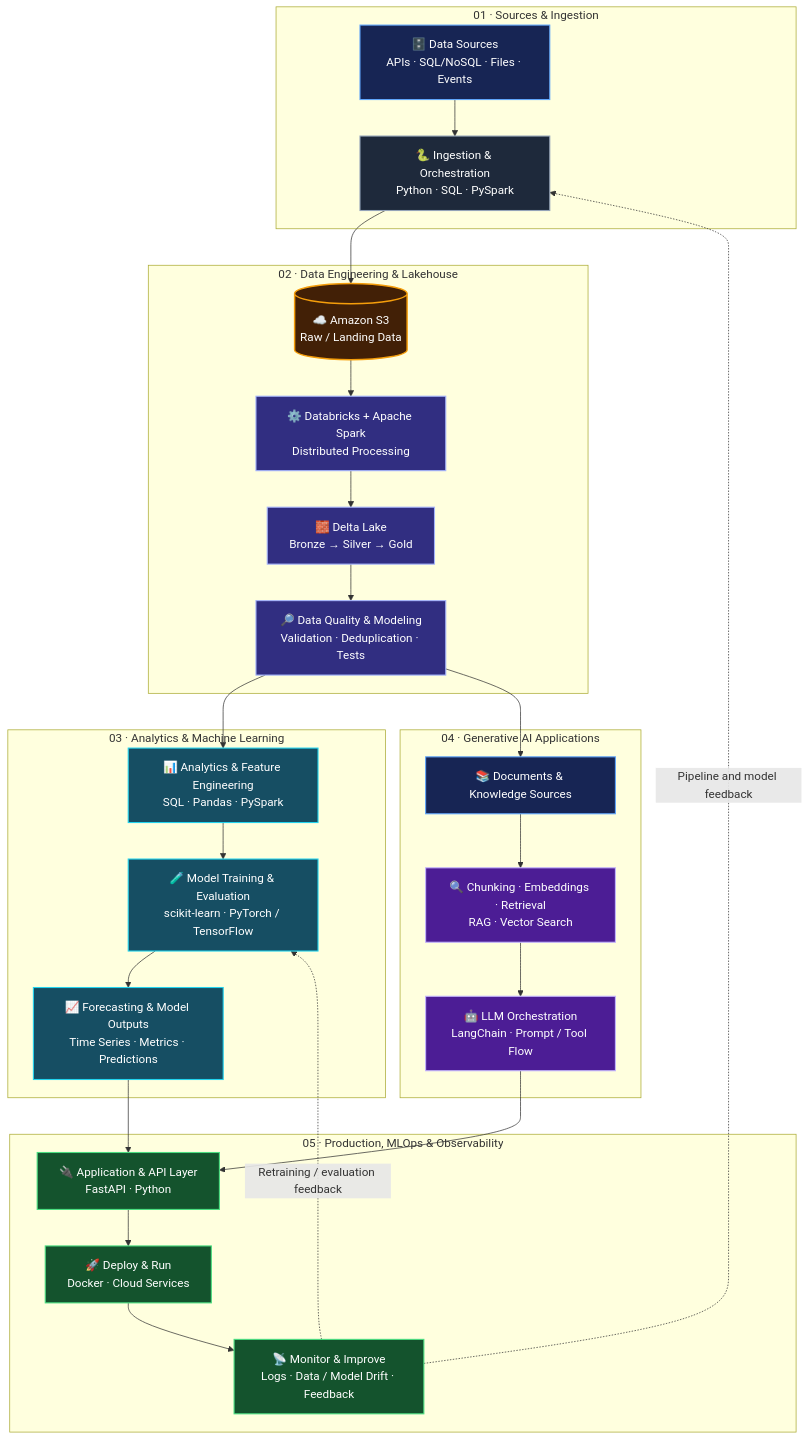
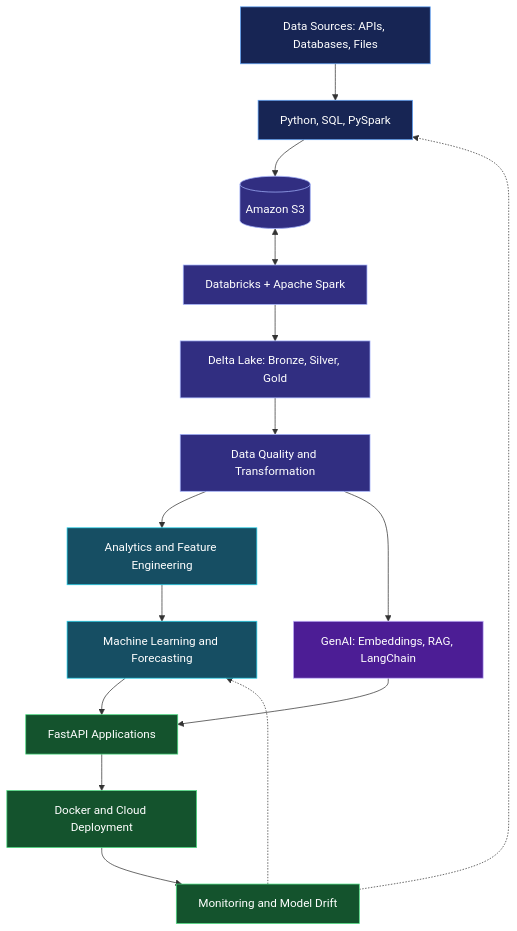
Before and after one commit to RAMAN0330/RAMAN0330: the diagram in README.md, drawn with Mermaid.

````diff
--- a/README.md
+++ b/README.md
@@ -183,67 +183,39 @@
 ```mermaid
 flowchart TD
-    %% Sources and ingestion
-    subgraph S["01 · Sources & Ingestion"]
-        A["🗄️ Data Sources<br/>APIs · SQL/NoSQL · Files · Events"]
-        B["🐍 Ingestion & Orchestration<br/>Python · SQL · PySpark"]
-        A --> B
-    end
+    A["Data Sources: APIs, Databases, Files"]
+    B["Python, SQL, PySpark"]
+    C[("Amazon S3")]
+    D["Databricks + Apache Spark"]
+    E["Delta Lake: Bronze, Silver, Gold"]
+    F["Data Quality and Transformation"]
+    G["Analytics and Feature Engineering"]
+    H["Machine Learning and Forecasting"]
+    I["GenAI: Embeddings, RAG, LangChain"]
+    J["FastAPI Applications"]
+    K["Docker and Cloud Deployment"]
+    L["Monitoring and Model Drift"]
 
-    %% Data platform
-    subgraph D["02 · Data Engineering & Lakehouse"]
-        C[("☁️ Amazon S3<br/>Raw / Landing Data")]
-        E["⚙️ Databricks + Apache Spark<br/>Distributed Processing"]
-        F["🧱 Delta Lake<br/>Bronze → Silver → Gold"]
-        G["🔎 Data Quality & Modeling<br/>Validation · Deduplication · Tests"]
-        C --> E --> F --> G
-    end
+    A --> B --> C
+    C <--> D
+    D --> E --> F
+    F --> G --> H
+    F --> I
+    H --> J
+    I --> J
+    J --> K --> L
+    L -.-> B
+    L -.-> H
 
-    %% Analytics and ML
-    subgraph M["03 · Analytics & Machine Learning"]
-        H["📊 Analytics & Feature Engineering<br/>SQL · Pandas · PySpark"]
-        I["🧪 Model Training & Evaluation<br/>scikit-learn · PyTorch / TensorFlow"]
-        J["📈 Forecasting & Model Outputs<br/>Time Series · Metrics · Predictions"]
-        H --> I --> J
-    end
+    classDef data fill:#172554,stroke:#60A5FA,color:#fff
+    classDef platform fill:#312E81,stroke:#A5B4FC,color:#fff
+    classDef analytics fill:#164E63,stroke:#22D3EE,color:#fff
+    classDef ai fill:#4C1D95,stroke:#C4B5FD,color:#fff
+    classDef production fill:#14532D,stroke:#4ADE80,color:#fff
 
-    %% Generative AI
-    subgraph AI["04 · Generative AI Applications"]
-        K["📚 Documents & Knowledge Sources"]
-        L["🔍 Chunking · Embeddings · Retrieval<br/>RAG · Vector Search"]
-        N["🤖 LLM Orchestration<br/>LangChain · Prompt / Tool Flow"]
-        K --> L --> N
-    end
-
-    %% Production and feedback
-    subgraph P["05 · Production, MLOps & Observability"]
-        O["🔌 Application & API Layer<br/>FastAPI · Python"]
-        Q["🚀 Deploy & Run<br/>Docker · Cloud Services"]
-        R["📡 Monitor & Improve<br/>Logs · Data / Model Drift · Feedback"]
-        O --> Q --> R
-    end
-
-    B --> C
-    G --> H
-    G --> K
-    J --> O
-    N --> O
-    R -. "Pipeline and model feedback" .-> B
-    R -. "Retraining / evaluation feedback" .-> I
-
-    classDef source fill:#172554,stroke:#60A5FA,color:#FFFFFF,stroke-width:1.5px
-    classDef ingest fill:#1E293B,stroke:#94A3B8,color:#FFFFFF,stroke-width:1.5px
-    classDef storage fill:#422006,stroke:#F59E0B,color:#FFFFFF,stroke-width:2px
-    classDef platform fill:#312E81,stroke:#A5B4FC,color:#FFFFFF,stroke-width:1.5px
-    classDef analytics fill:#164E63,stroke:#22D3EE,color:#FFFFFF,stroke-width:1.5px
-    classDef genai fill:#4C1D95,stroke:#C4B5FD,color:#FFFFFF,stroke-width:1.5px
-    classDef production fill:#14532D,stroke:#4ADE80,color:#FFFFFF,stroke-width:1.5px
-
-    class A,K source
-    class B ingest
-    class C storage
-    class E,F,G platform
-    class H,I,J analytics
-    class L,N genai
-    class O,Q,R production
+    class A,B data
+    class C,D,E,F platform
+    class G,H analytics
+    class I ai
+    class J,K,L production
 
 ```
````
